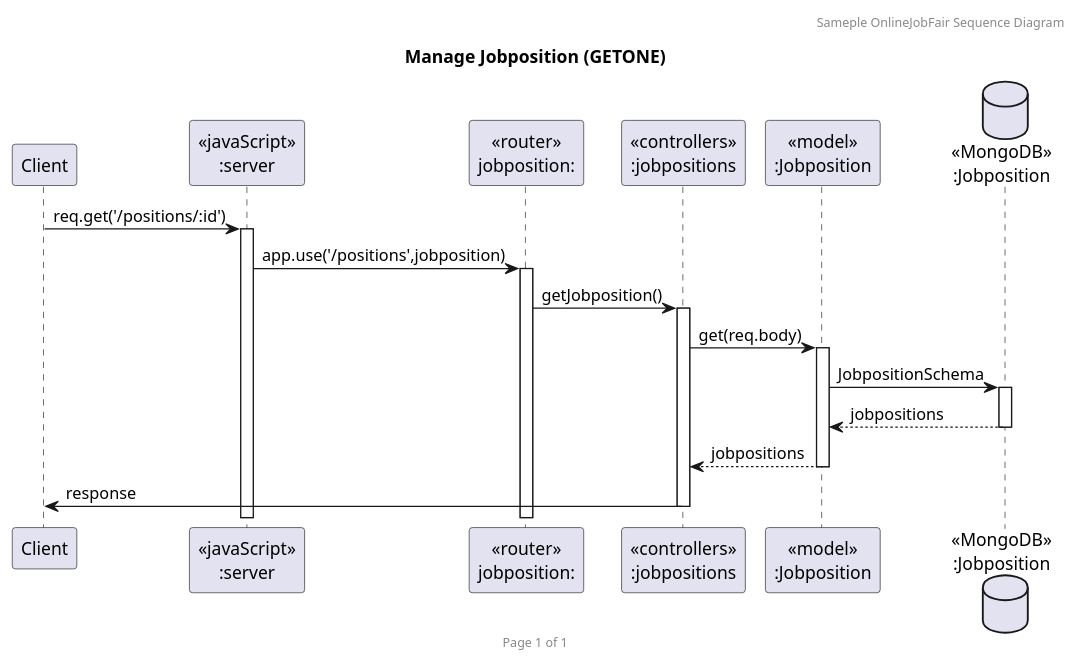
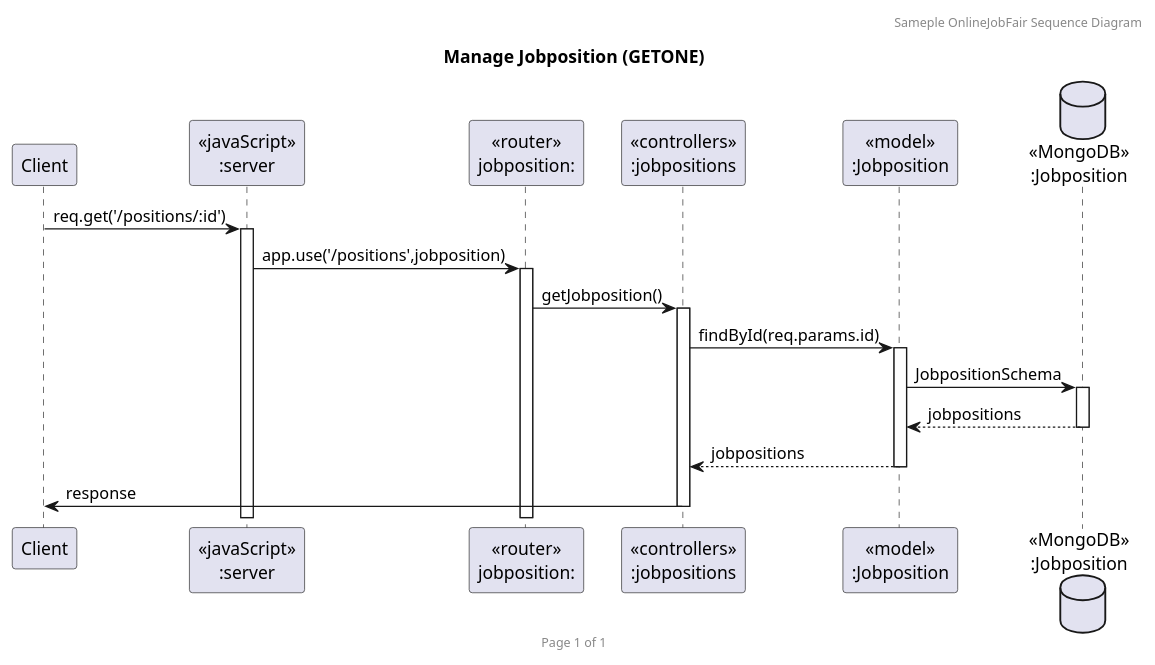
One commit to 2110503TACEDT66/presentation-day-1-madumeawteehongraomai changed the diagram in plantuml/getposi.puml. Above: the diagram before and after it, drawn with PlantUML. The commit also changed 29 other files, not shown here.

```diff
--- a/plantuml/getposi.puml
+++ b/plantuml/getposi.puml
@@ -1,23 +1,23 @@
 @startuml Manage Jobposition (GET)
 
 header Sameple OnlineJobFair Sequence Diagram
 footer Page %page% of %lastpage%
 title "Manage Jobposition (GETONE)"
 
 participant "Client" as client
 participant "<<javaScript>>\n:server" as server
 participant "<<router>>\njobposition:" as routerJobpositions
 participant "<<controllers>>\n:jobpositions" as controllersJobpositions
 participant "<<model>>\n:Jobposition" as modelJobposition
 database "<<MongoDB>>\n:Jobposition" as JobpositionsDatabase
 
 client->server ++:req.get('/positions/:id')
 server->routerJobpositions ++:app.use('/positions',jobposition)
 routerJobpositions -> controllersJobpositions ++:getJobposition()
-controllersJobpositions->modelJobposition ++:get(req.body)
+controllersJobpositions->modelJobposition ++:findById(req.params.id)
 modelJobposition ->JobpositionsDatabase ++: JobpositionSchema
 JobpositionsDatabase --> modelJobposition --: jobpositions
 controllersJobpositions <-- modelJobposition --:jobpositions
 controllersJobpositions->client --:response
 
 @enduml
```
